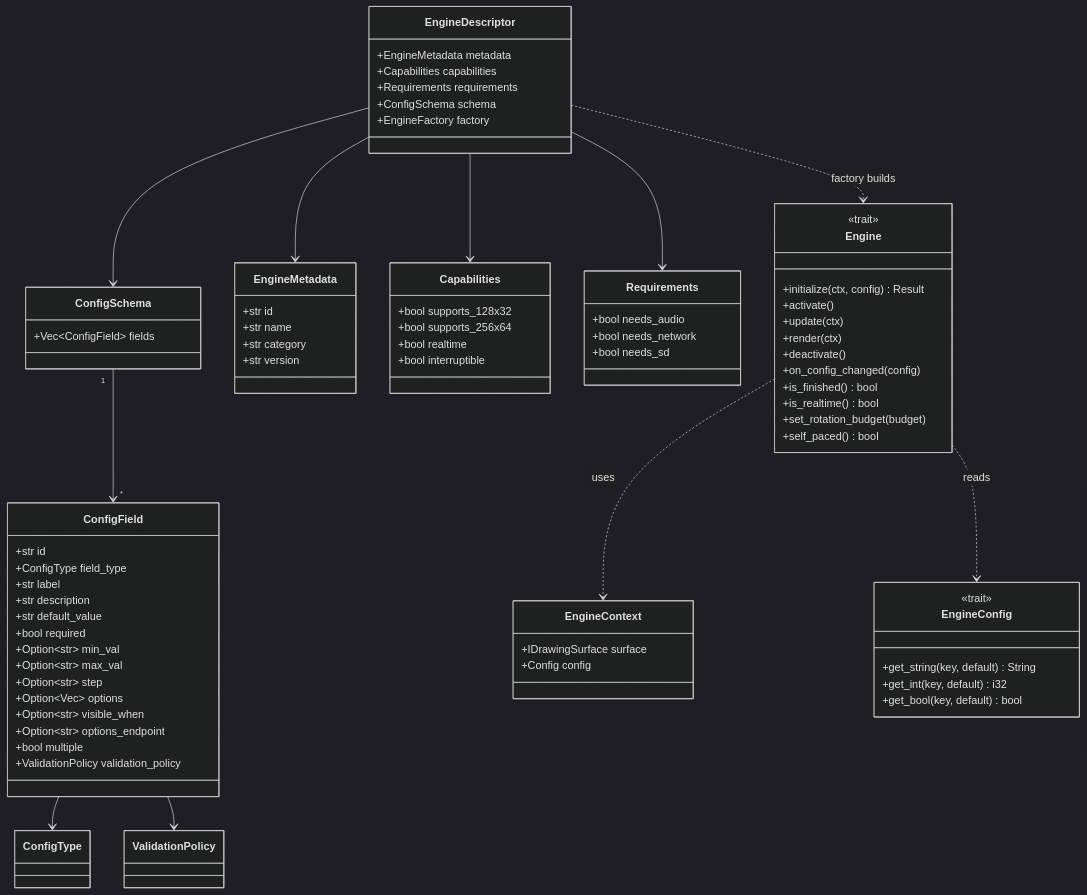
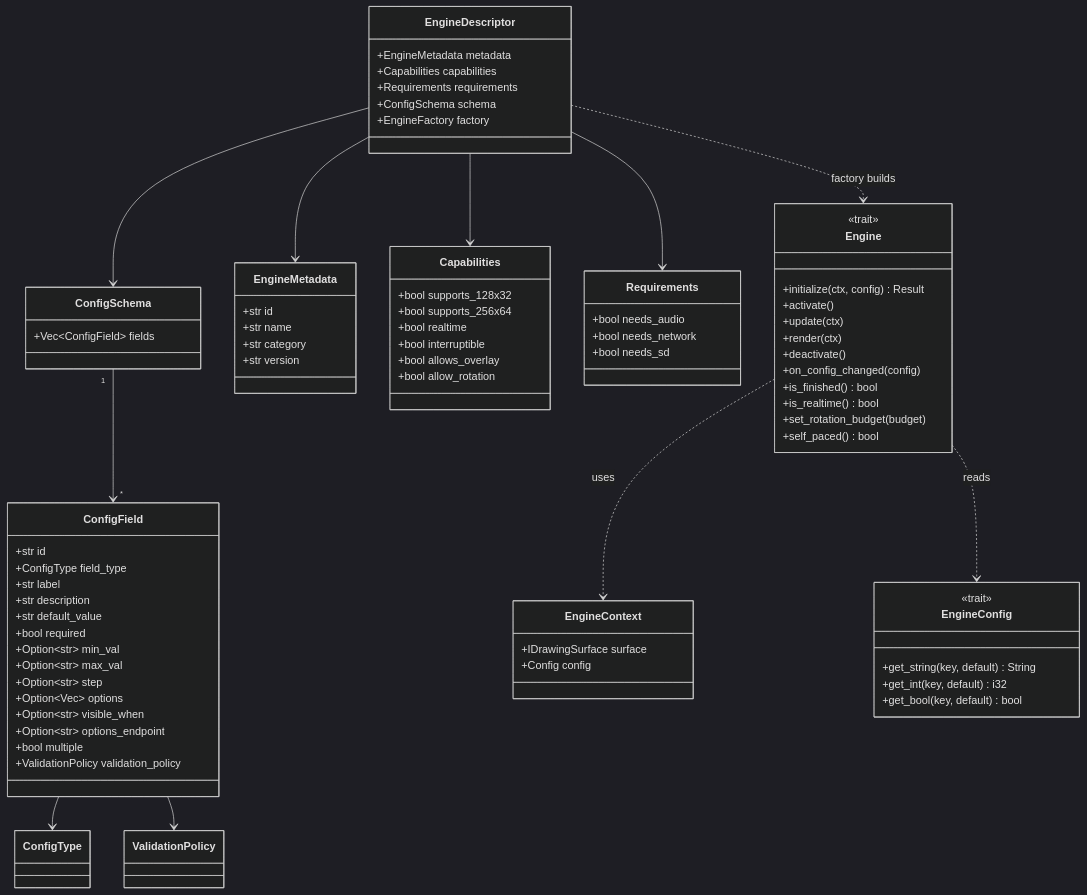
The second of 14 diagrams in docs/ARCHITECTURE.md (red77290/ArcadeMatrix_RPI), drawn with Mermaid (dark theme) before and after one commit. The commit also changed other lines of this file and 87 other files, not shown here.

```diff
--- a/docs/ARCHITECTURE.md
+++ b/docs/ARCHITECTURE.md
@@ -123,6 +124,8 @@
         +bool supports_256x64
         +bool realtime
         +bool interruptible
+        +bool allows_overlay
+        +bool allow_rotation
     }
 
     class Requirements {
```
